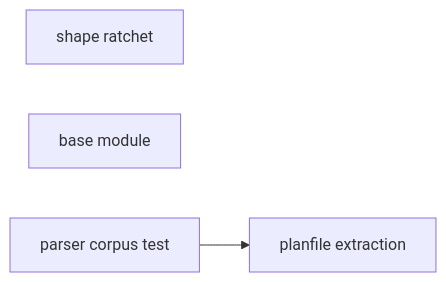
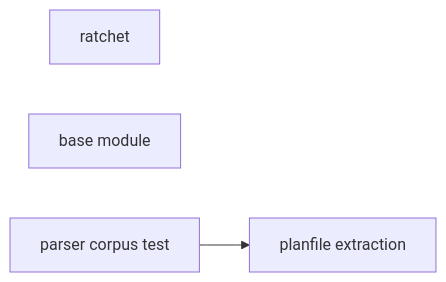
The second of 3 diagrams in docs/plans/shared-base.md (maxboettinger/superlite), drawn with Mermaid before and after one commit. The commit also changed other lines of this file and 1 other file, not shown here.

````diff
--- a/docs/plans/shared-base.md
+++ b/docs/plans/shared-base.md
@@ -141,9 +143,9 @@
 ```mermaid
 flowchart LR
-  T1[shape ratchet]
+  T1[ratchet]
   T2[base module]
   S1[parser corpus test]
   T3[planfile extraction]
   %% taskgraph
   S1 --> T3
 ```
````
